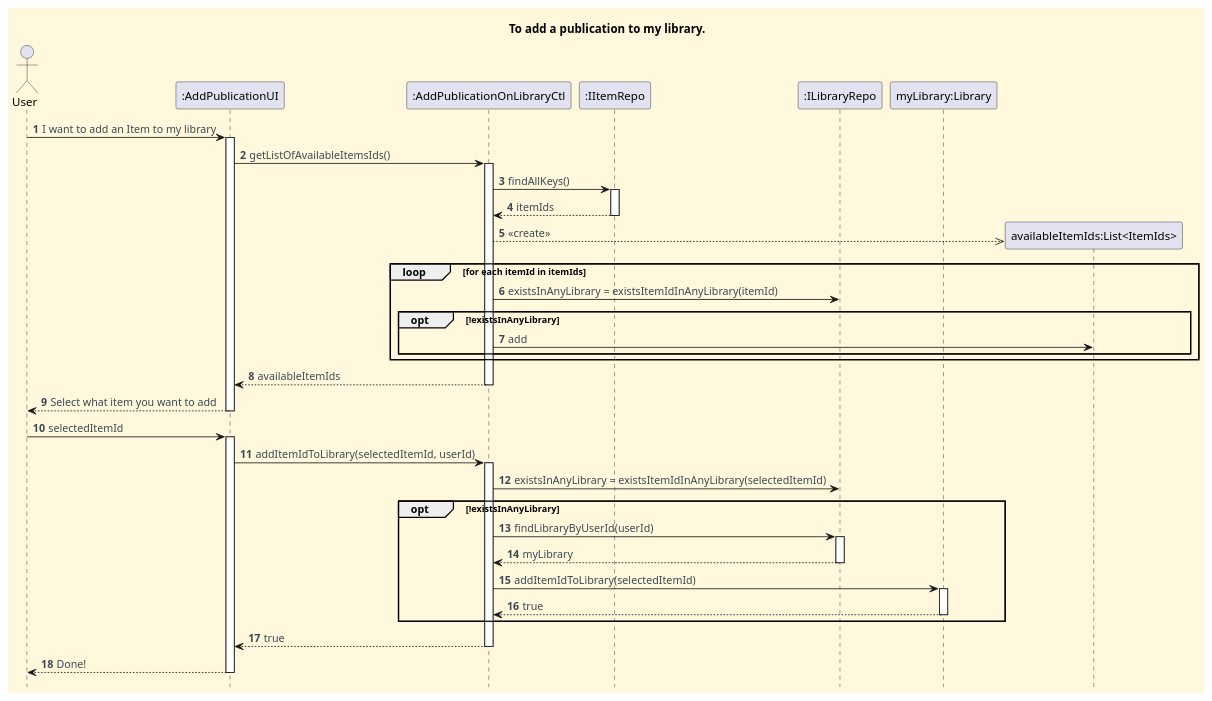
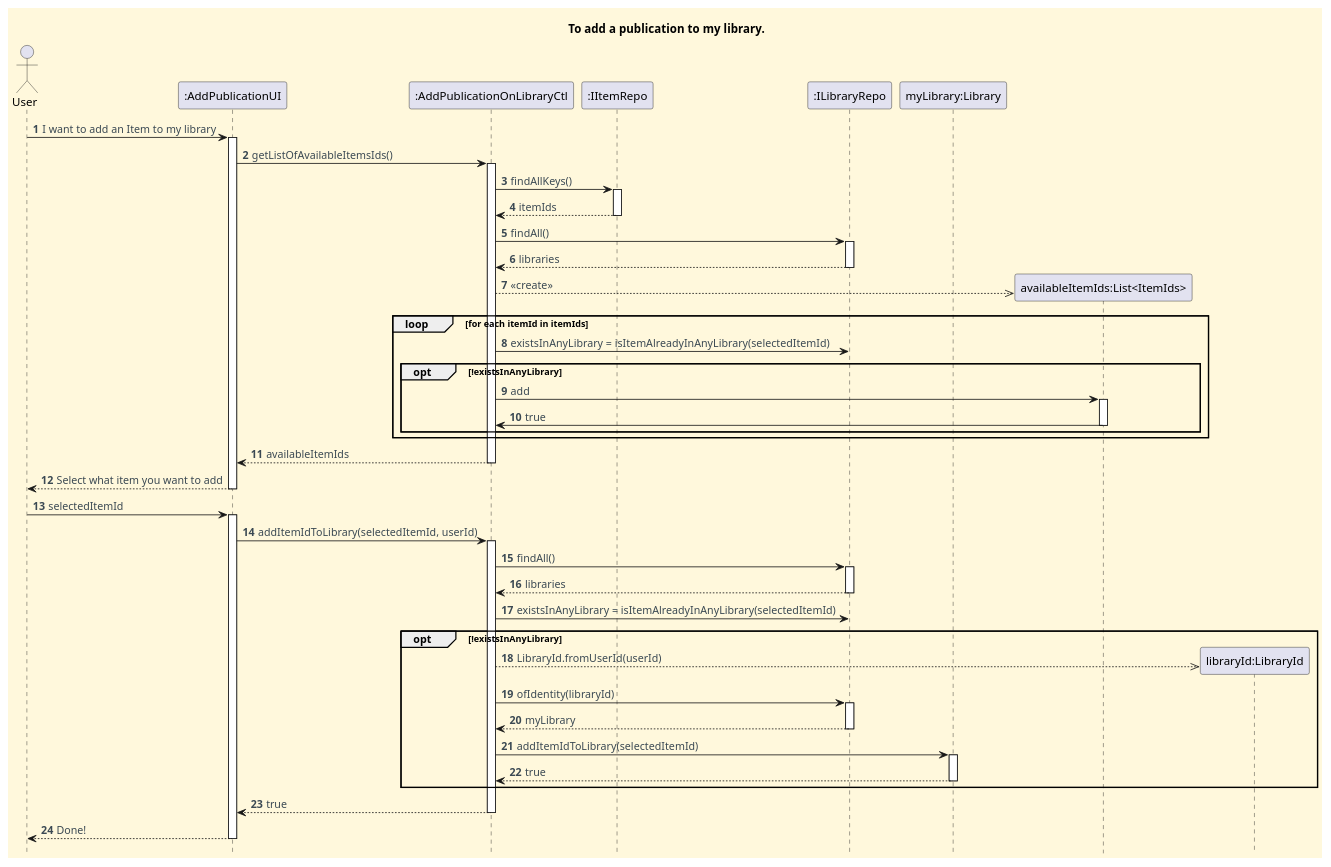
One commit to CarolinaLeite-collab/JavaMarketplacePlatform changed the diagram in docs/functionalities/user/add-publication-to-my-library/Add_Publication_To_My_Library_SD.puml. Above: the diagram before and after it, drawn with PlantUML. The commit also changed 1 other file, not shown here.

Commit message:
docs: updated *Add a Publication to my Library* functionality - refactored SD and CD, refs #605

```diff
--- a/docs/functionalities/user/add-publication-to-my-library/Add_Publication_To_My_Library_SD.puml
+++ b/docs/functionalities/user/add-publication-to-my-library/Add_Publication_To_My_Library_SD.puml
@@ -1,76 +1,88 @@
 @startuml
 'https://plantuml.com/sequence-diagram
 hide footbox
 title  To add a publication to my library.
 
 '==== basic style ====
 skinparam monochrome false
 skinparam shadowing false
 skinparam defaultFontName Futura
 skinparam objectFontSize 20
 skinparam backgroundColor CornSilk
 skinparam objectBackgroundColor WhiteSmoke
 skinparam noteBackgroundColor #FFFFE0
 skinparam ArrowFontColor #3B4953
 skinparam ActivationBackgroundColor black
 
 autonumber
 autoactivate off
 
 
 actor User
 participant ":AddPublicationUI" as UI
 participant ":AddPublicationOnLibraryCtl" as CTL
 participant ":IItemRepo" as ITEMREPO
-
 participant ":ILibraryRepo" as LIBREPO
 participant "myLibrary:Library" as LIB
 
 User -> UI : I want to add an Item to my library
 activate UI
 UI -> CTL : getListOfAvailableItemsIds()
 activate CTL
 CTL -> ITEMREPO : findAllKeys()
 activate ITEMREPO
 ITEMREPO --> CTL : itemIds
 deactivate ITEMREPO
-
+CTL -> LIBREPO : findAll()
+activate LIBREPO
+LIBREPO --> CTL : libraries
+deactivate LIBREPO
 create "availableItemIds:List<ItemIds>"
 CTL -->> "availableItemIds:List<ItemIds>" : <<create>>
 
+
     loop  for each itemId in itemIds
-    CTL -> LIBREPO : existsInAnyLibrary = existsItemIdInAnyLibrary(itemId)
+    CTL -> LIBREPO : existsInAnyLibrary = isItemAlreadyInAnyLibrary(selectedItemId)
     opt !existsInAnyLibrary
     CTL -> "availableItemIds:List<ItemIds>" : add
+    activate "availableItemIds:List<ItemIds>"
+    "availableItemIds:List<ItemIds>" -> CTL : true
+    deactivate "availableItemIds:List<ItemIds>"
     end
     end
 
 CTL --> UI : availableItemIds
 deactivate CTL
 
 UI --> User : Select what item you want to add
 deactivate UI
 User -> UI : selectedItemId
 activate UI
 UI -> CTL : addItemIdToLibrary(selectedItemId, userId)
 activate CTL
-CTL -> LIBREPO : existsInAnyLibrary = existsItemIdInAnyLibrary(selectedItemId)
+CTL -> LIBREPO : findAll()
+activate LIBREPO
+LIBREPO --> CTL : libraries
+deactivate LIBREPO
+CTL -> LIBREPO : existsInAnyLibrary = isItemAlreadyInAnyLibrary(selectedItemId)
 
     opt !existsInAnyLibrary
 
-        CTL -> LIBREPO : findLibraryByUserId(userId)
+        create "libraryId:LibraryId"
+        CTL -->> "libraryId:LibraryId" : LibraryId.fromUserId(userId)
+        CTL -> LIBREPO : ofIdentity(libraryId)
         activate LIBREPO
         LIBREPO --> CTL : myLibrary
         deactivate LIBREPO
         CTL -> LIB : addItemIdToLibrary(selectedItemId)
         activate LIB
         LIB --> CTL : true
         deactivate LIB
 
     end
 CTL --> UI : true
 deactivate CTL
 UI --> User : Done!
 deactivate UI
 
 @enduml
```
